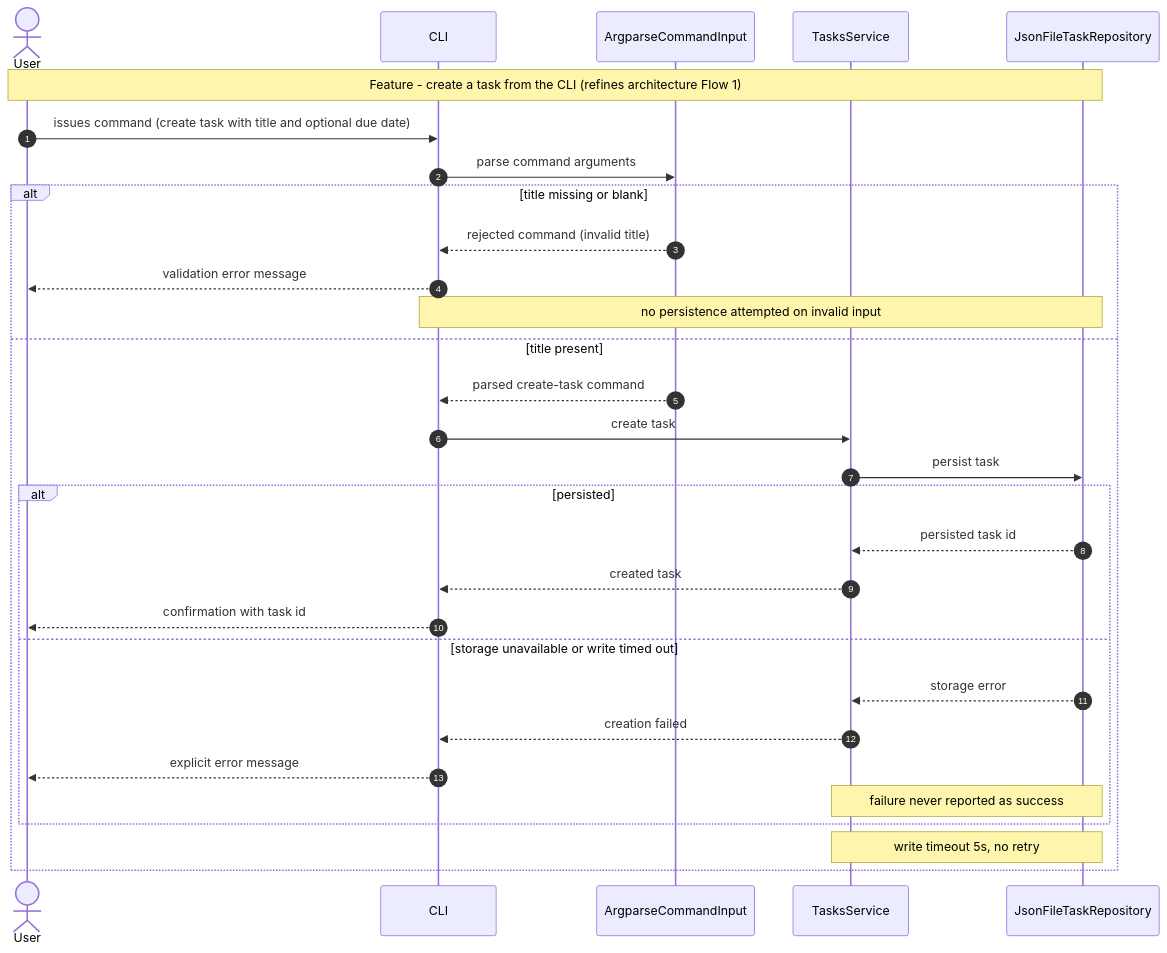
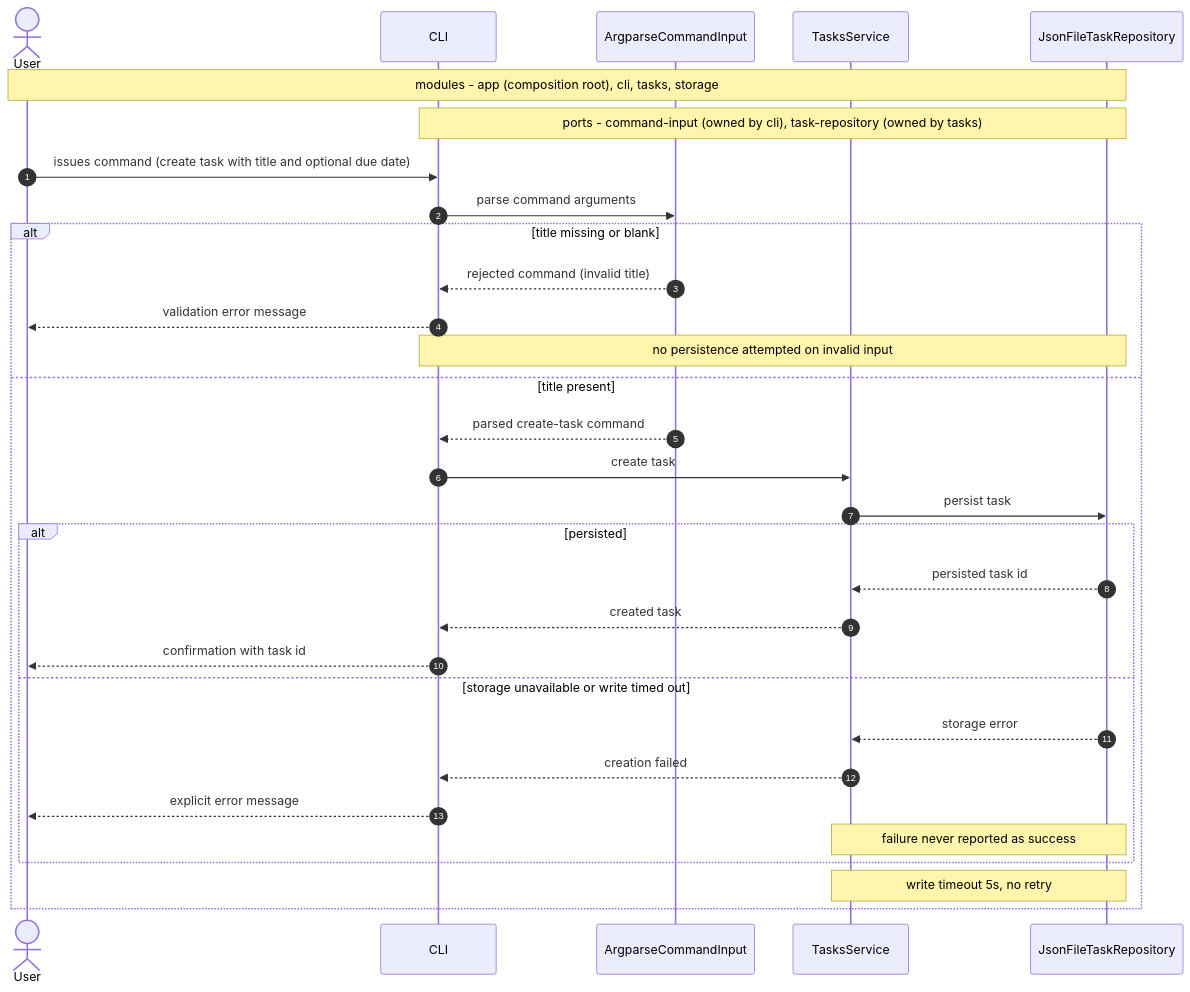
One commit to Trazodigital/taskmaster-core changed the diagram in docs/design/diagrams/create-task.sequence.mmd. Above: the diagram before and after it, drawn with Mermaid. The commit also changed 1 other file, not shown here.

Commit message:
docs(design): author create-task feature design REQ-FUNC-001 REQ-FUNC-002 REQ-FUNC-003

```diff
--- a/docs/design/diagrams/create-task.sequence.mmd
+++ b/docs/design/diagrams/create-task.sequence.mmd
@@ -1,35 +1,36 @@
 sequenceDiagram
     autonumber
     actor User
     participant CLI
     participant ArgparseCommandInput
     participant TasksService
     participant JsonFileTaskRepository
 
-    Note over User,JsonFileTaskRepository: Feature - create a task from the CLI (refines architecture Flow 1)
+    Note over User,JsonFileTaskRepository: modules - app (composition root), cli, tasks, storage
+    Note over CLI,JsonFileTaskRepository: ports - command-input (owned by cli), task-repository (owned by tasks)
 
     User->>CLI: issues command (create task with title and optional due date)
     CLI->>ArgparseCommandInput: parse command arguments
 
     alt title missing or blank
         ArgparseCommandInput-->>CLI: rejected command (invalid title)
         CLI-->>User: validation error message
         Note over CLI,JsonFileTaskRepository: no persistence attempted on invalid input
     else title present
         ArgparseCommandInput-->>CLI: parsed create-task command
         CLI->>TasksService: create task
         TasksService->>JsonFileTaskRepository: persist task
 
         alt persisted
             JsonFileTaskRepository-->>TasksService: persisted task id
             TasksService-->>CLI: created task
             CLI-->>User: confirmation with task id
         else storage unavailable or write timed out
             JsonFileTaskRepository-->>TasksService: storage error
             TasksService-->>CLI: creation failed
             CLI-->>User: explicit error message
             Note over TasksService,JsonFileTaskRepository: failure never reported as success
         end
 
         Note over TasksService,JsonFileTaskRepository: write timeout 5s, no retry
     end
```
